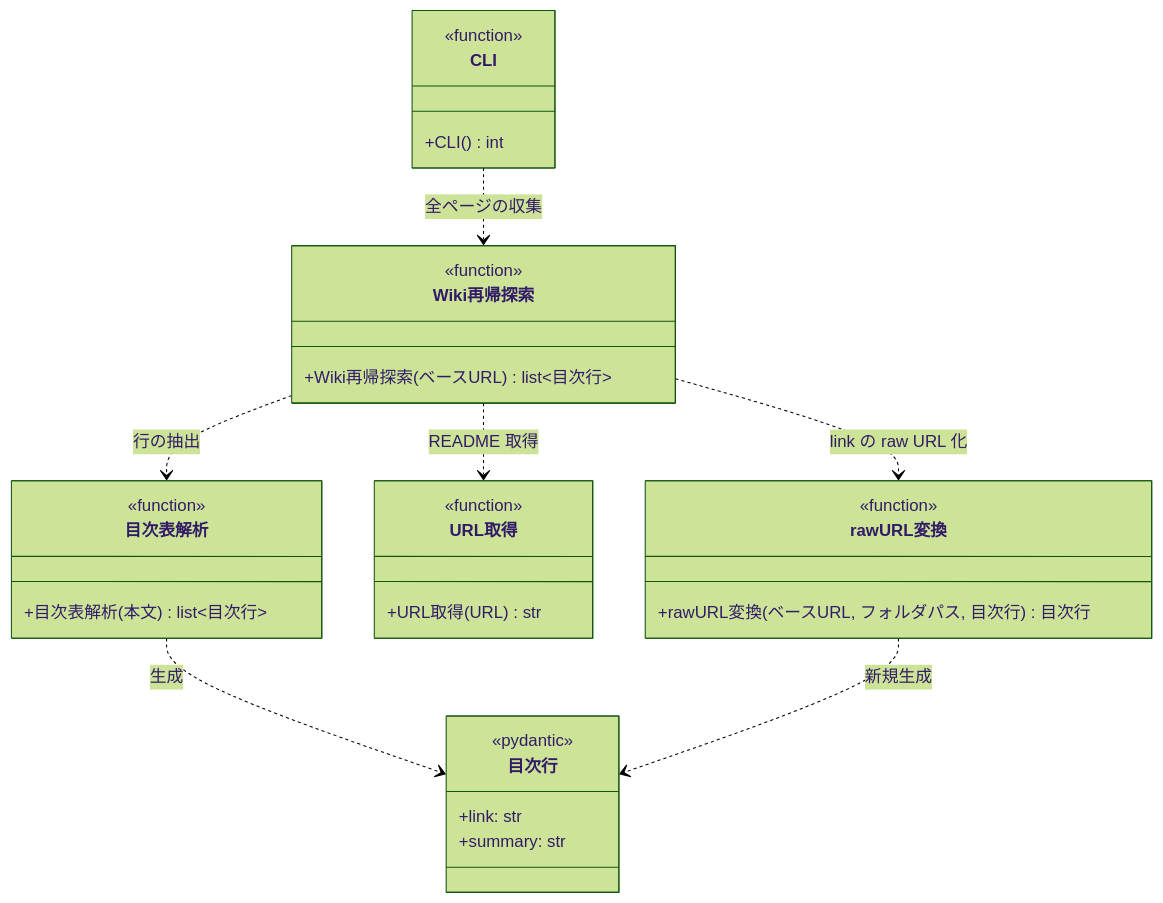
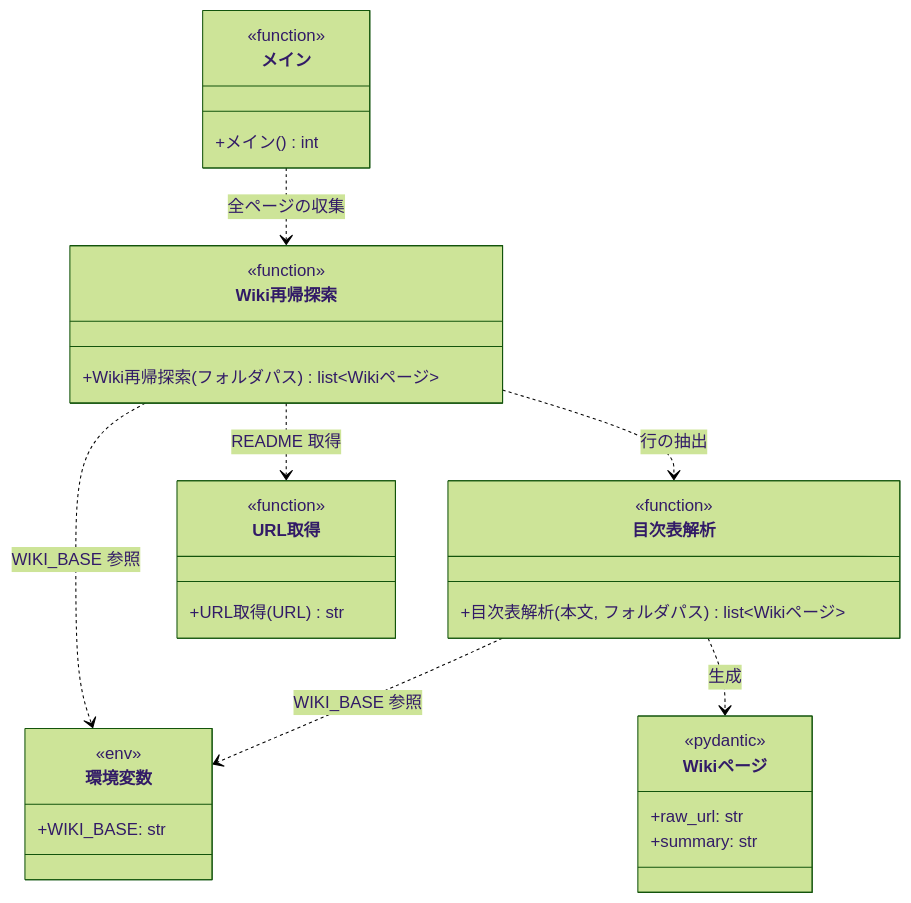
The diagram in docs/wiki/設計図/モジュール構成/注入/Wiki索引.py.md (shuhei1101/ai-monitor), drawn with Mermaid (forest theme) before and after one commit. The commit also changed other lines of this file and 21 other files, not shown here.

````diff
--- a/docs/wiki/設計図/モジュール構成/注入/Wiki索引.py.md
+++ b/docs/wiki/設計図/モジュール構成/注入/Wiki索引.py.md
@@ -28,42 +27,41 @@
 ```mermaid
 classDiagram
-  CLI ..> Wiki再帰探索 : 全ページの収集
+  メイン ..> Wiki再帰探索 : 全ページの収集
   Wiki再帰探索 ..> 目次表解析 : 行の抽出
   Wiki再帰探索 ..> URL取得 : README 取得
-  Wiki再帰探索 ..> rawURL変換 : link の raw URL 化
-  目次表解析 ..> 目次行 : 生成
-  rawURL変換 ..> 目次行 : 新規生成
+  Wiki再帰探索 ..> 環境変数 : WIKI_BASE 参照
+  目次表解析 ..> 環境変数 : WIKI_BASE 参照
+  目次表解析 ..> Wikiページ : 生成
 
-  class CLI {
+  class メイン {
     <<function>>
-    +CLI() int
+    +メイン() int
   }
   class Wiki再帰探索 {
     <<function>>
-    +Wiki再帰探索(ベースURL) list~目次行~
+    +Wiki再帰探索(フォルダパス) list~Wikiページ~
   }
   class 目次表解析 {
     <<function>>
-    +目次表解析(本文) list~目次行~
+    +目次表解析(本文, フォルダパス) list~Wikiページ~
   }
-  class rawURL変換 {
-    <<function>>
-    +rawURL変換(ベースURL, フォルダパス, 目次行) 目次行
+  class 環境変数 {
+    <<env>>
+    +WIKI_BASE: str
   }
   class URL取得 {
     <<function>>
     +URL取得(URL) str
   }
-  class 目次行 {
+  class Wikiページ {
     <<pydantic>>
-    +link: str
+    +raw_url: str
     +summary: str
   }
 
-  click CLI href "#cli"
+  click メイン href "#メイン"
   click Wiki再帰探索 href "#wiki-再帰探索"
   click 目次表解析 href "#目次表解析"
-  click rawURL変換 href "#raw-url-変換"
-  click URL取得 href "./URLドキュメント.md#url-取得"
-  click 目次行 href "#目次行"
+  click URL取得 href "./URLドキュメント.py.md#url-取得"
+  click Wikiページ href "#wiki-ページ"
 ```
````
